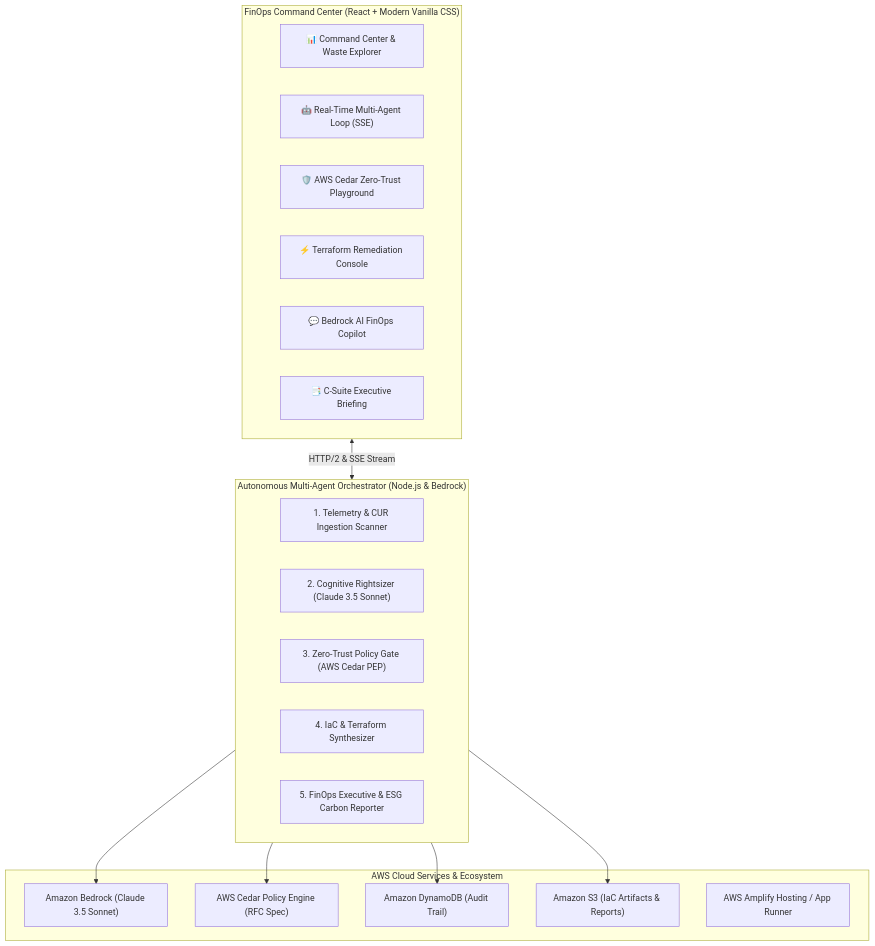
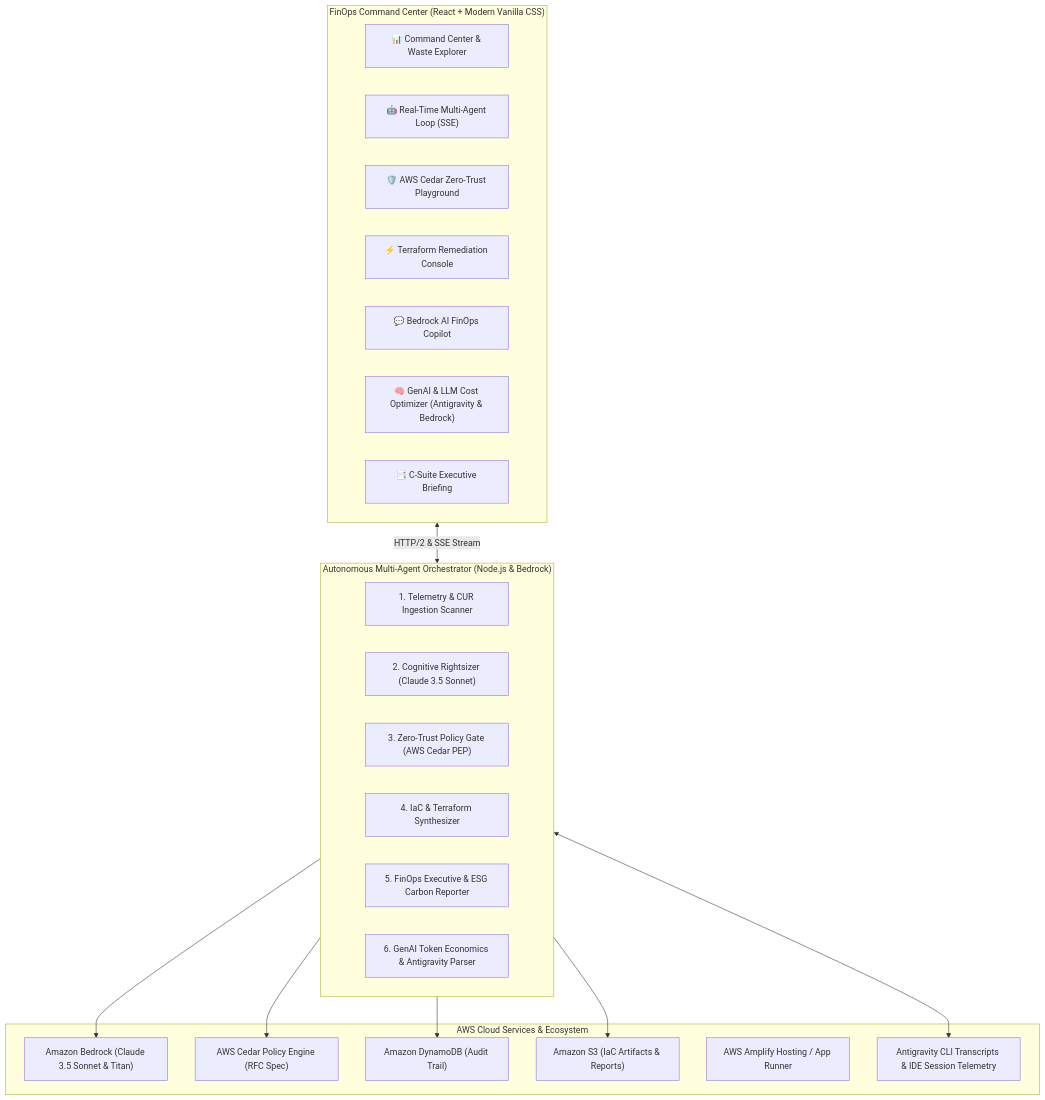
The diagram in README.md (jeeva5655/finopsguard-ai), drawn with Mermaid before and after one commit. The commit also changed other lines of this file and 2 other files, not shown here.

Commit message:
docs: add GenAI optimizer to architecture, pitch script, and add CONTRIBUTING.md

````diff
--- a/README.md
+++ b/README.md
@@ -28,33 +28,37 @@
 ```mermaid
 flowchart TB
     subgraph Frontend["FinOps Command Center (React + Modern Vanilla CSS)"]
         UI_Home["📊 Command Center & Waste Explorer"]
         UI_Agents["🤖 Real-Time Multi-Agent Loop (SSE)"]
         UI_Cedar["🛡️ AWS Cedar Zero-Trust Playground"]
         UI_IaC["⚡ Terraform Remediation Console"]
         UI_Copilot["💬 Bedrock AI FinOps Copilot"]
+        UI_GenAI["🧠 GenAI & LLM Cost Optimizer (Antigravity & Bedrock)"]
         UI_Report["📑 C-Suite Executive Briefing"]
     end
 
     subgraph BackendEngine["Autonomous Multi-Agent Orchestrator (Node.js & Bedrock)"]
         Agent1["1. Telemetry & CUR Ingestion Scanner"]
         Agent2["2. Cognitive Rightsizer (Claude 3.5 Sonnet)"]
         Agent3["3. Zero-Trust Policy Gate (AWS Cedar PEP)"]
         Agent4["4. IaC & Terraform Synthesizer"]
         Agent5["5. FinOps Executive & ESG Carbon Reporter"]
+        Agent6["6. GenAI Token Economics & Antigravity Parser"]
     end
 
     subgraph AWSServices["AWS Cloud Services & Ecosystem"]
-        Bedrock["Amazon Bedrock (Claude 3.5 Sonnet)"]
+        Bedrock["Amazon Bedrock (Claude 3.5 Sonnet & Titan)"]
         Cedar["AWS Cedar Policy Engine (RFC Spec)"]
         DynamoDB["Amazon DynamoDB (Audit Trail)"]
         S3["Amazon S3 (IaC Artifacts & Reports)"]
         Amplify["AWS Amplify Hosting / App Runner"]
+        LocalAI["Antigravity CLI Transcripts & IDE Session Telemetry"]
     end
 
     Frontend <-->|HTTP/2 & SSE Stream| BackendEngine
     BackendEngine --> Bedrock
     BackendEngine --> Cedar
     BackendEngine --> DynamoDB
     BackendEngine --> S3
+    BackendEngine <--> LocalAI
 ```
````
